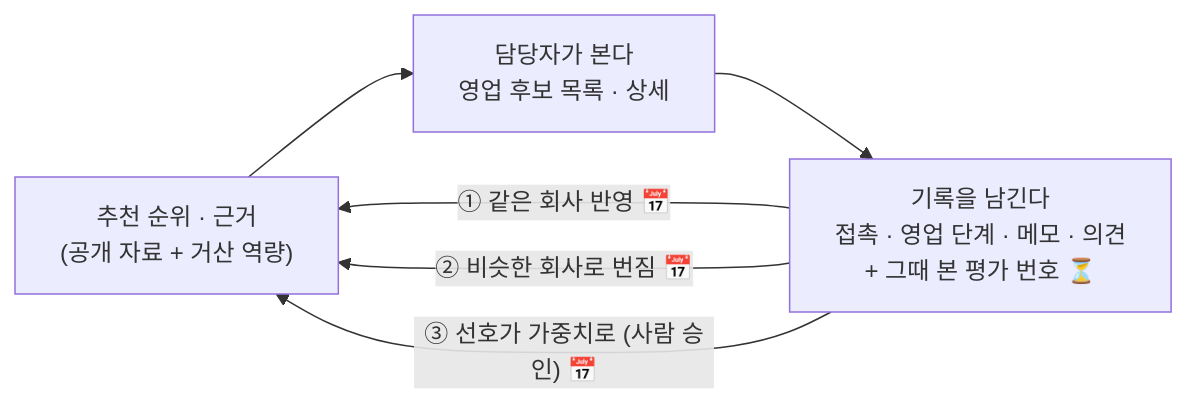
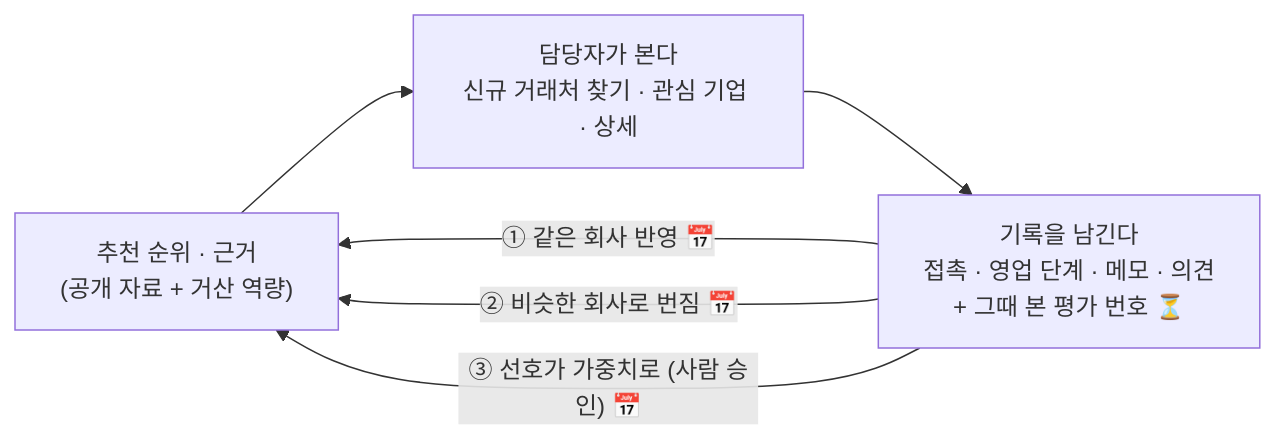
One commit to agent-ddalgi-team/final-geosan changed the third of 4 diagrams in docs/map/feature-map.md. Above: the diagram before and after it, drawn with Mermaid. The commit also changed other lines of this file and 3 other files, not shown here.

````diff
--- a/docs/map/feature-map.md
+++ b/docs/map/feature-map.md
@@ -75,8 +77,8 @@
 ```mermaid
 flowchart LR
-    R["추천 순위 · 근거<br/>(공개 자료 + 거산 역량)"] --> U["담당자가 본다<br/>영업 후보 목록 · 상세"]
+    R["추천 순위 · 근거<br/>(공개 자료 + 거산 역량)"] --> U["담당자가 본다<br/>신규 거래처 찾기 · 관심 기업 · 상세"]
     U --> W["기록을 남긴다<br/>접촉 · 영업 단계 · 메모 · 의견<br/>+ 그때 본 평가 번호 ⏳"]
     W -->|"① 같은 회사 반영 📅"| R
     W -->|"② 비슷한 회사로 번짐 📅"| R
     W -->|"③ 선호가 가중치로 (사람 승인) 📅"| R
 ```
````
